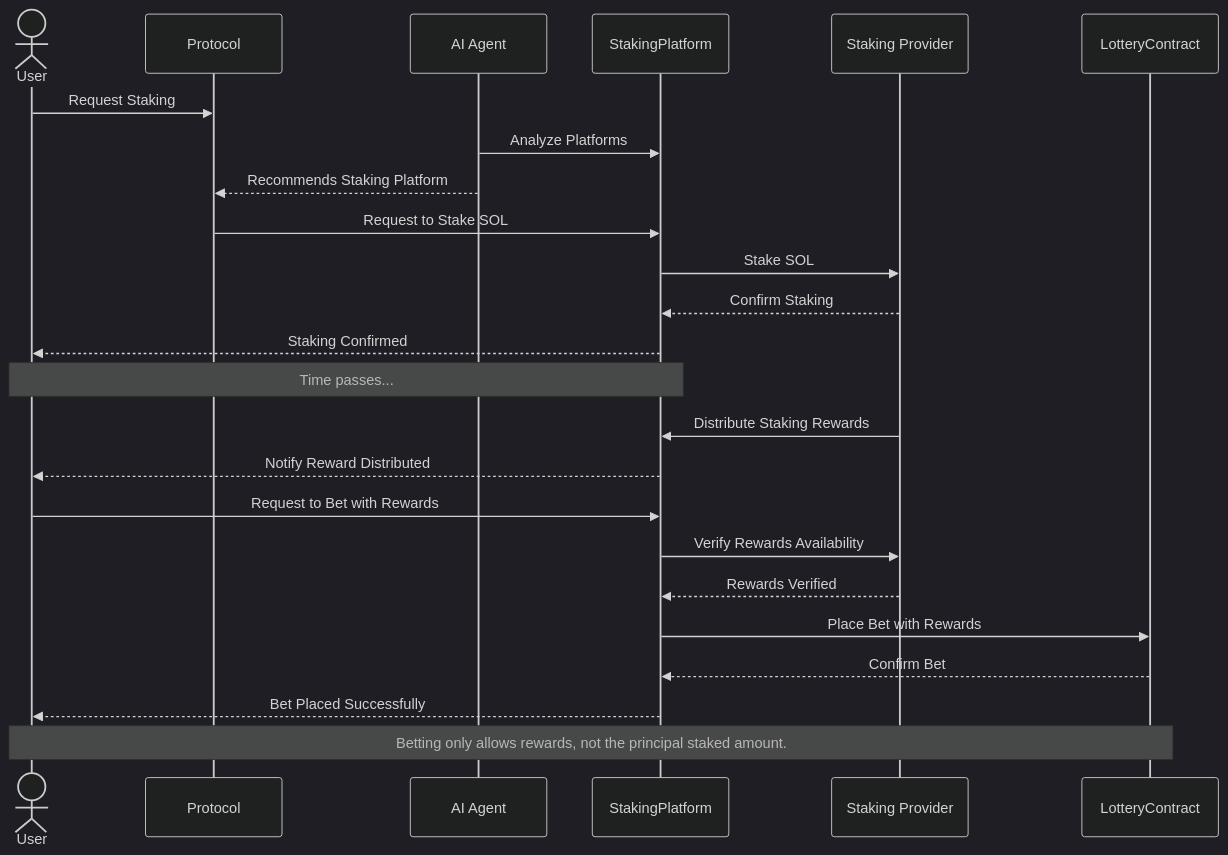
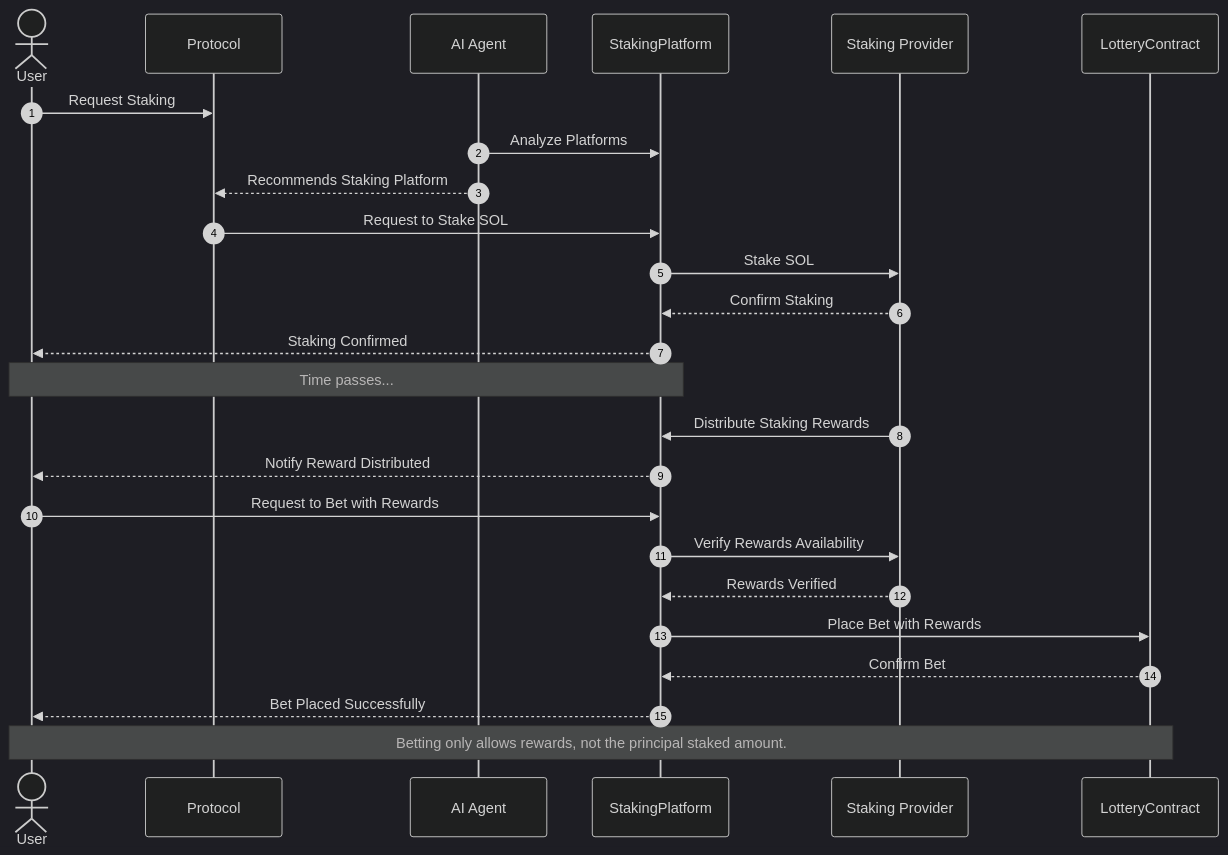
Before and after one commit to aquental/capstone_TURBIN3_Q1_25: the first of 2 diagrams in README.md, drawn with Mermaid (dark theme).

````diff
--- a/README.md
+++ b/README.md
@@ -17,33 +17,34 @@
 ```mermaid
 sequenceDiagram
+  autonumber
   actor User
   participant Protocol
   participant AIAgent as AI Agent
   participant StakingPlatform
   participant StakingProvider as Staking Provider
   participant LotteryContract
 
   User ->> Protocol: Request Staking
   AIAgent ->> StakingPlatform: Analyze Platforms
   AIAgent -->> Protocol: Recommends Staking Platform
 
   Protocol ->> StakingPlatform: Request to Stake SOL
   StakingPlatform ->> StakingProvider: Stake SOL
   StakingProvider -->> StakingPlatform: Confirm Staking
   StakingPlatform -->> User: Staking Confirmed
 
   Note over User, StakingPlatform: Time passes...
 
   StakingProvider ->> StakingPlatform: Distribute Staking Rewards
   StakingPlatform -->> User: Notify Reward Distributed
 
   User ->> StakingPlatform: Request to Bet with Rewards
   StakingPlatform ->> StakingProvider: Verify Rewards Availability
   StakingProvider -->> StakingPlatform: Rewards Verified
 
   StakingPlatform ->> LotteryContract: Place Bet with Rewards
   LotteryContract -->> StakingPlatform: Confirm Bet
   StakingPlatform -->> User: Bet Placed Successfully
 
   Note over User, LotteryContract: Betting only allows rewards, not the principal staked amount.
 ```
````
